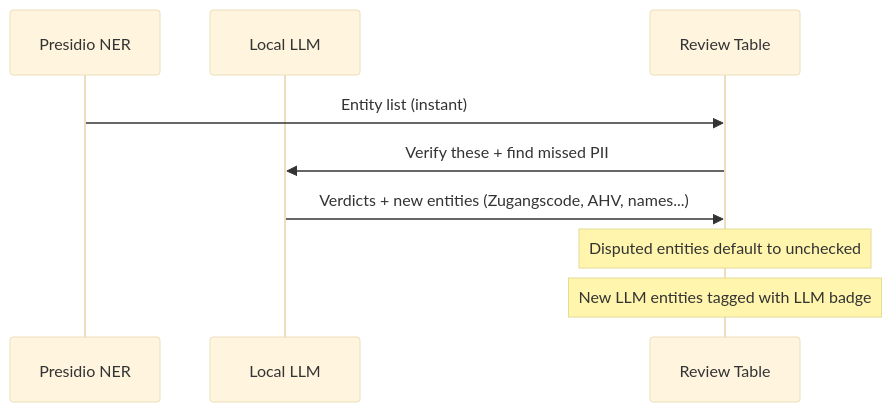
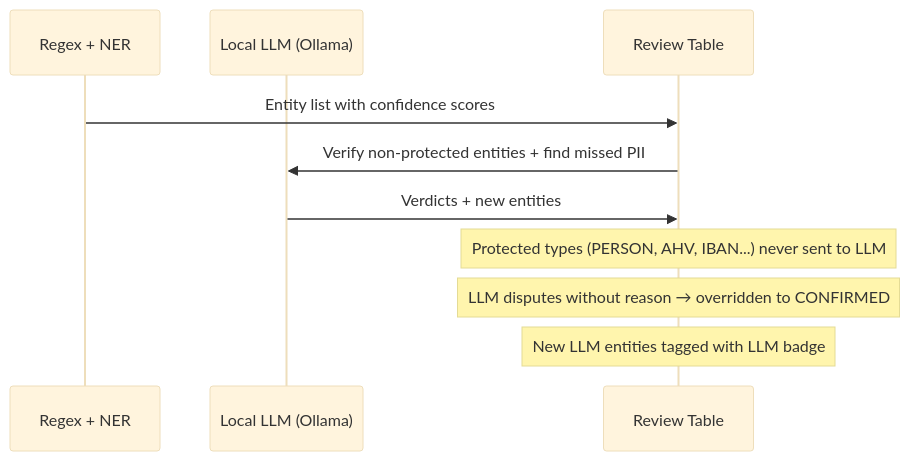
Before and after one commit to alallaqi/go-calma-redact: the third of 4 diagrams in README.md, drawn with Mermaid (base theme). The commit also changed other lines of this file and 4 other files, not shown here.

````diff
--- a/README.md
+++ b/README.md
@@ -237,12 +266,13 @@
 ```mermaid
 sequenceDiagram
-    participant NER as Presidio NER
-    participant LLM as Local LLM
+    participant Regex as Regex + NER
+    participant LLM as Local LLM (Ollama)
     participant User as Review Table
 
-    NER->>User: Entity list (instant)
-    User->>LLM: Verify these + find missed PII
-    LLM->>User: Verdicts + new entities (Zugangscode, AHV, names...)
-    Note over User: Disputed entities default to unchecked
+    Regex->>User: Entity list with confidence scores
+    User->>LLM: Verify non-protected entities + find missed PII
+    LLM->>User: Verdicts + new entities
+    Note over User: Protected types (PERSON, AHV, IBAN...) never sent to LLM
+    Note over User: LLM disputes without reason → overridden to CONFIRMED
     Note over User: New LLM entities tagged with LLM badge
 ```
````
